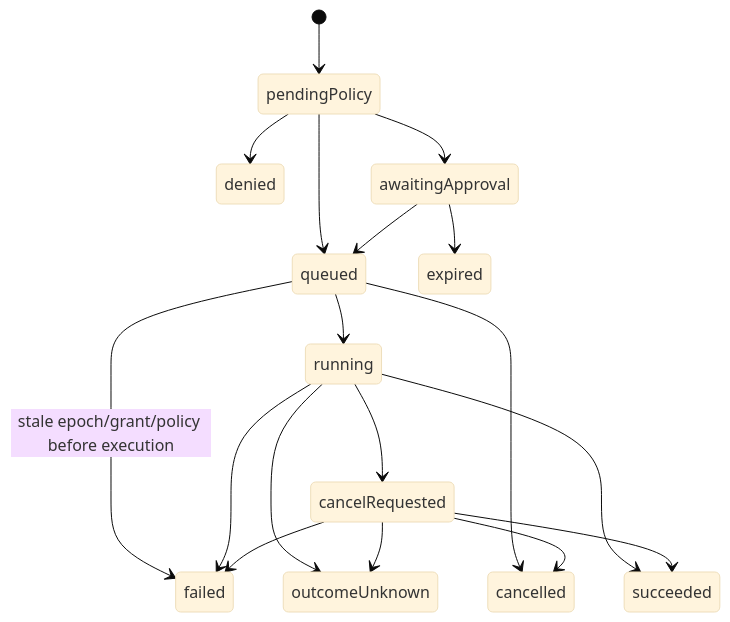
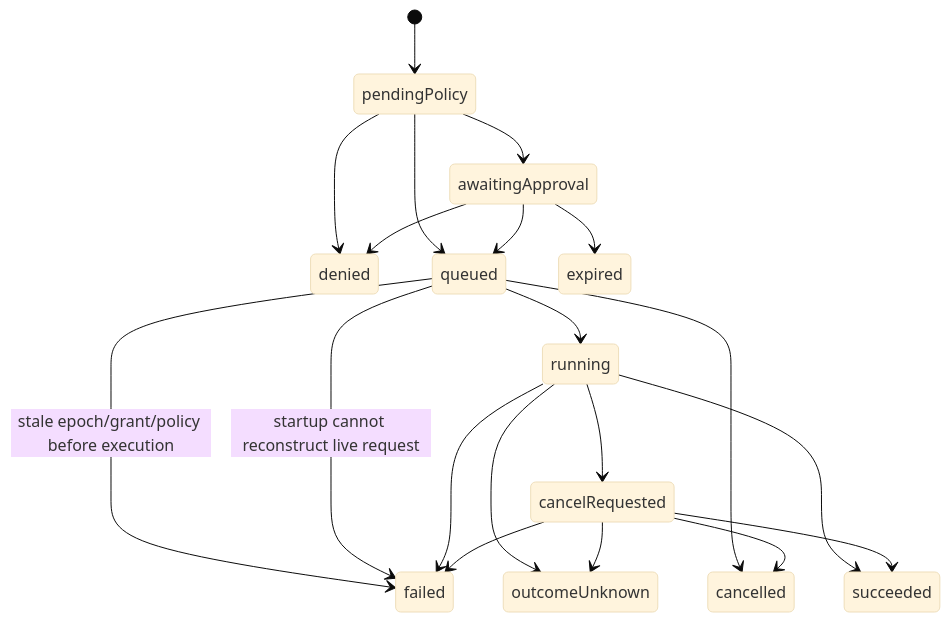
Before and after one commit to Jenny-Media/MacCompanion: the second of 2 diagrams in docs/protocol-outline.md, drawn with Mermaid (base theme). The commit also changed other lines of this file and 851 other files, not shown here.

````diff
--- a/docs/protocol-outline.md
+++ b/docs/protocol-outline.md
@@ -281,20 +292,22 @@
 ```mermaid
 stateDiagram-v2
     [*] --> pendingPolicy
     pendingPolicy --> denied
     pendingPolicy --> awaitingApproval
     pendingPolicy --> queued
+    awaitingApproval --> denied
     awaitingApproval --> queued
     awaitingApproval --> expired
     queued --> running
     queued --> cancelled
     queued --> failed: stale epoch/grant/policy before execution
+    queued --> failed: startup cannot reconstruct live request
     running --> cancelRequested
     running --> succeeded
     running --> failed
     running --> outcomeUnknown
     cancelRequested --> cancelled
     cancelRequested --> succeeded
     cancelRequested --> failed
     cancelRequested --> outcomeUnknown
 ```
````
